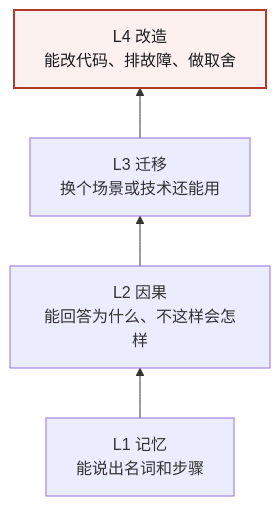
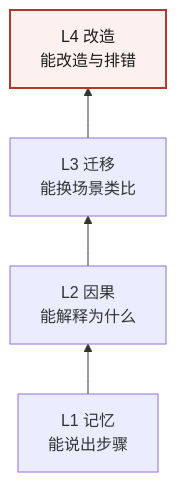
Before and after one commit to chenguanji0711/java-to-ai-roadmap: the third of 4 diagrams in roadmap.md, drawn with Mermaid. The commit also changed other lines of this file, not shown here.

Commit message:
docs: 修复 Mermaid 在 GitHub 的横向溢出
- 日课闭环改为单行短标签（原 5 个双行节点超出 766px iframe）
- 四级阶梯描述收为两行，降低图高

````diff
--- a/roadmap.md
+++ b/roadmap.md
@@ -604,10 +604,10 @@
 ```mermaid
 flowchart BT
-    L1["L1 记忆<br/>能说出名词和步骤"]
-    L2["L2 因果<br/>能回答为什么、不这样会怎样"]
-    L3["L3 迁移<br/>换个场景或技术还能用"]
-    L4["L4 改造<br/>能改代码、排故障、做取舍"]
+    L1["L1 记忆<br/>能说出步骤"]
+    L2["L2 因果<br/>能解释为什么"]
+    L3["L3 迁移<br/>能换场景类比"]
+    L4["L4 改造<br/>能改造与排错"]
     L1 --> L2 --> L3 --> L4
     classDef top fill:#fdf1ef,stroke:#b3392b,stroke-width:2px,color:#1a1b1e
     class L4 top
 ```
````
